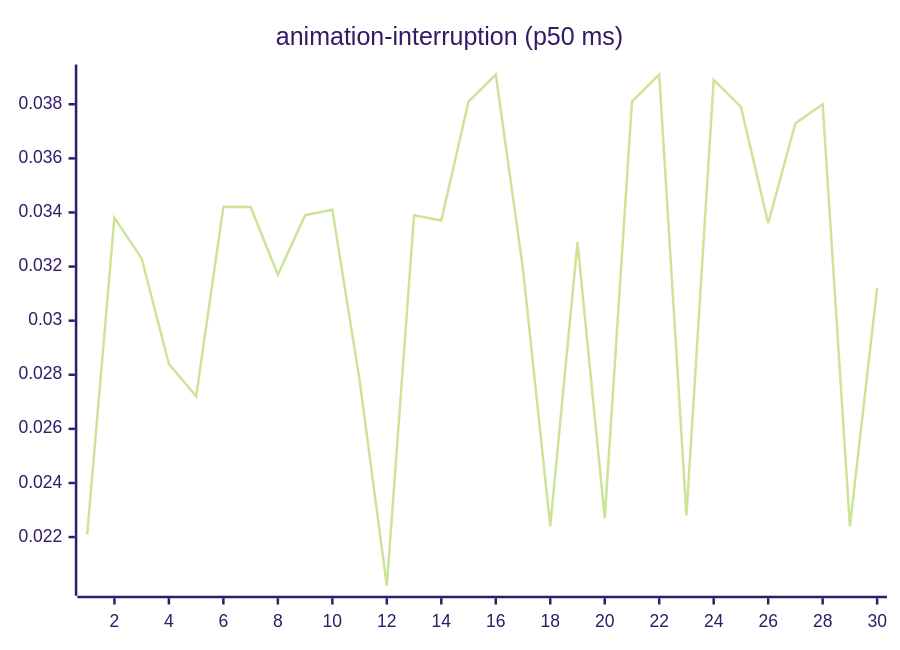
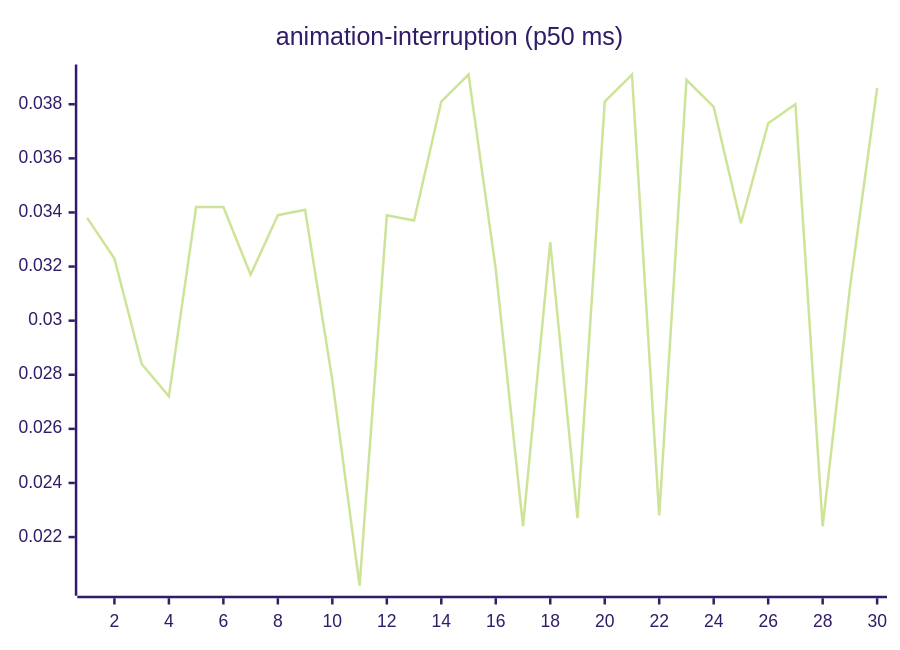
The third of 27 diagrams in README.md (josha/Facet), drawn with Mermaid (forest theme) before and after one commit. The commit also changed other lines of this file and 2 other files, not shown here.

````diff
--- a/README.md
+++ b/README.md
@@ -77,6 +77,6 @@
 ```mermaid
 xychart-beta
     title "animation-interruption (p50 ms)"
     x-axis 1 --> 30
-    line [0.0221, 0.0338, 0.0323, 0.0284, 0.0272, 0.0342, 0.0342, 0.0317, 0.0339, 0.0341, 0.0278, 0.0202, 0.0339, 0.0337, 0.0381, 0.0391, 0.0319, 0.0224, 0.0329, 0.0227, 0.0381, 0.0391, 0.0228, 0.0389, 0.0379, 0.0336, 0.0373, 0.0380, 0.0224, 0.0312]
+    line [0.0338, 0.0323, 0.0284, 0.0272, 0.0342, 0.0342, 0.0317, 0.0339, 0.0341, 0.0278, 0.0202, 0.0339, 0.0337, 0.0381, 0.0391, 0.0319, 0.0224, 0.0329, 0.0227, 0.0381, 0.0391, 0.0228, 0.0389, 0.0379, 0.0336, 0.0373, 0.0380, 0.0224, 0.0312, 0.0386]
 ```
````
